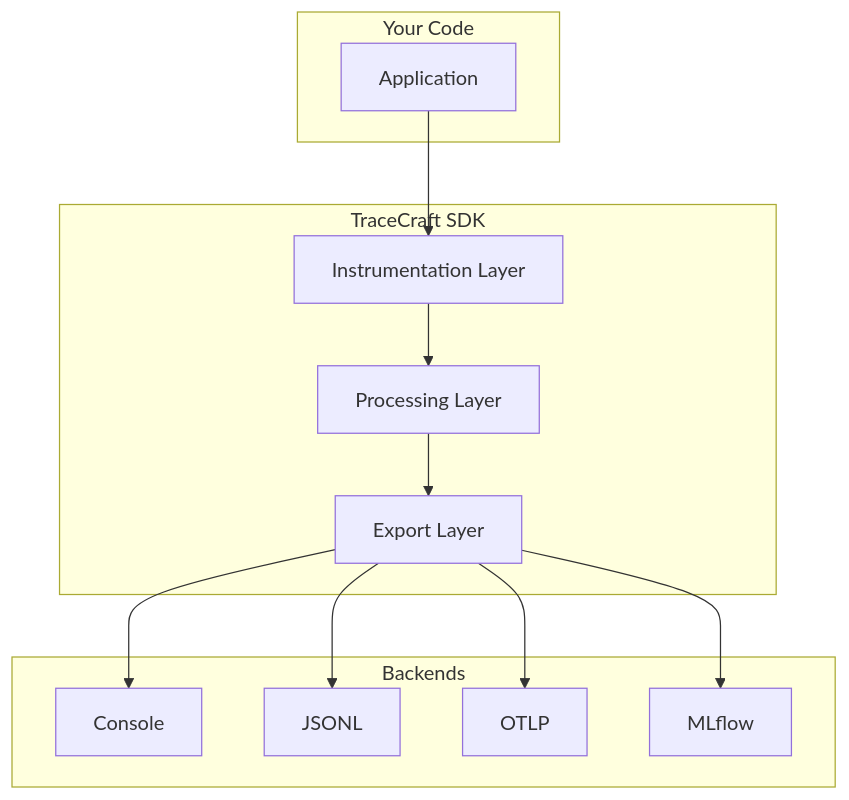
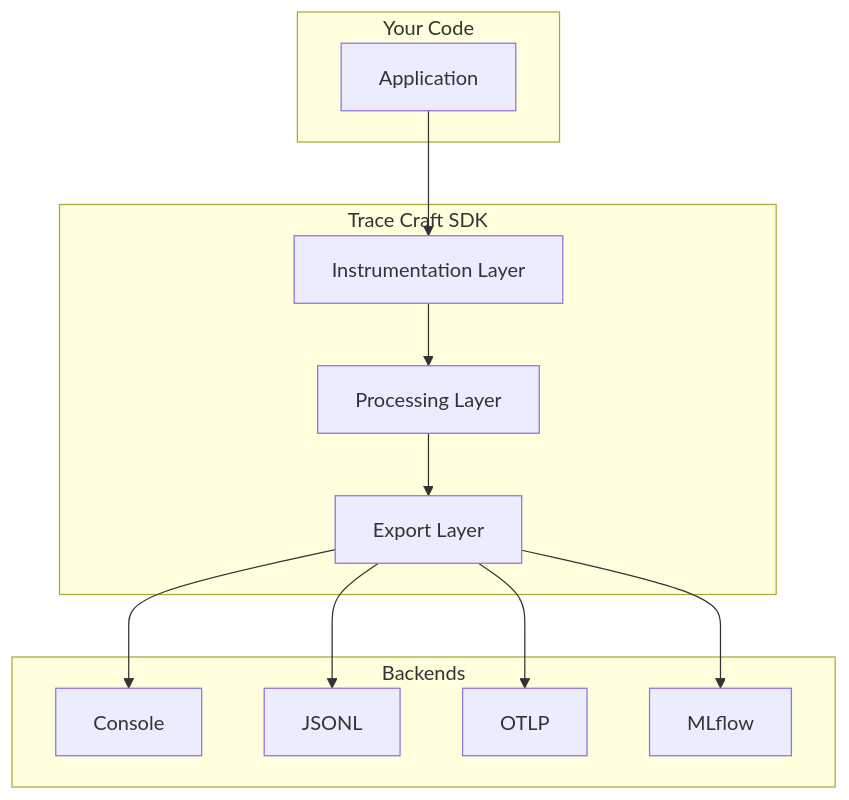
One commit to LocalAI/tracecraft changed the first of 3 diagrams in docs/getting-started/concepts.md. Above: the diagram before and after it, drawn with Mermaid. The commit also changed other lines of this file and 44 other files, not shown here.

First line of the commit message:
docs: rename TraceCraft → Trace Craft, update copyright to Local AI

````diff
--- a/docs/getting-started/concepts.md
+++ b/docs/getting-started/concepts.md
@@ -9,27 +9,27 @@
 ```mermaid
 graph TB
     subgraph "Your Code"
         A[Application]
     end
 
-    subgraph "TraceCraft SDK"
+    subgraph "Trace Craft SDK"
         B[Instrumentation Layer]
         C[Processing Layer]
         D[Export Layer]
     end
 
     subgraph "Backends"
         E[Console]
         F[JSONL]
         G[OTLP]
         H[MLflow]
     end
 
     A --> B
     B --> C
     C --> D
     D --> E
     D --> F
     D --> G
     D --> H
 ```
````
